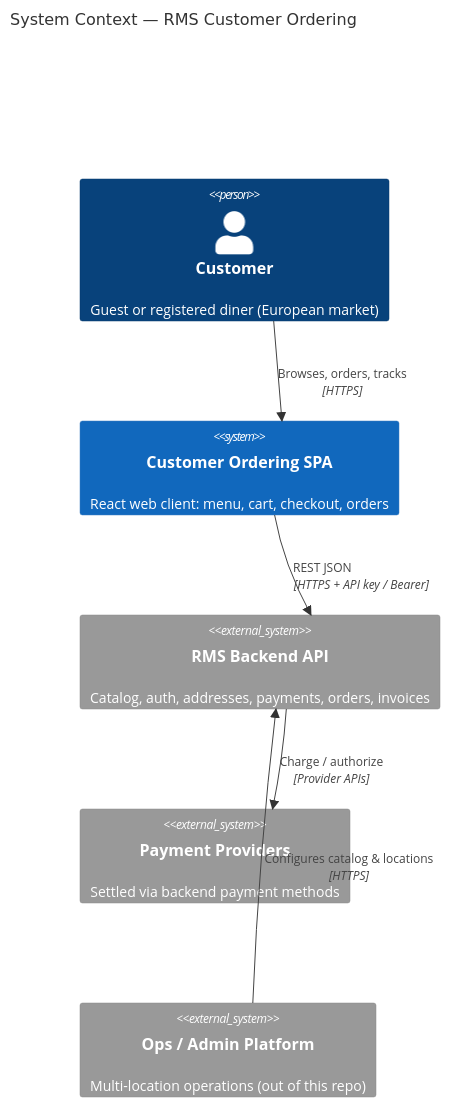
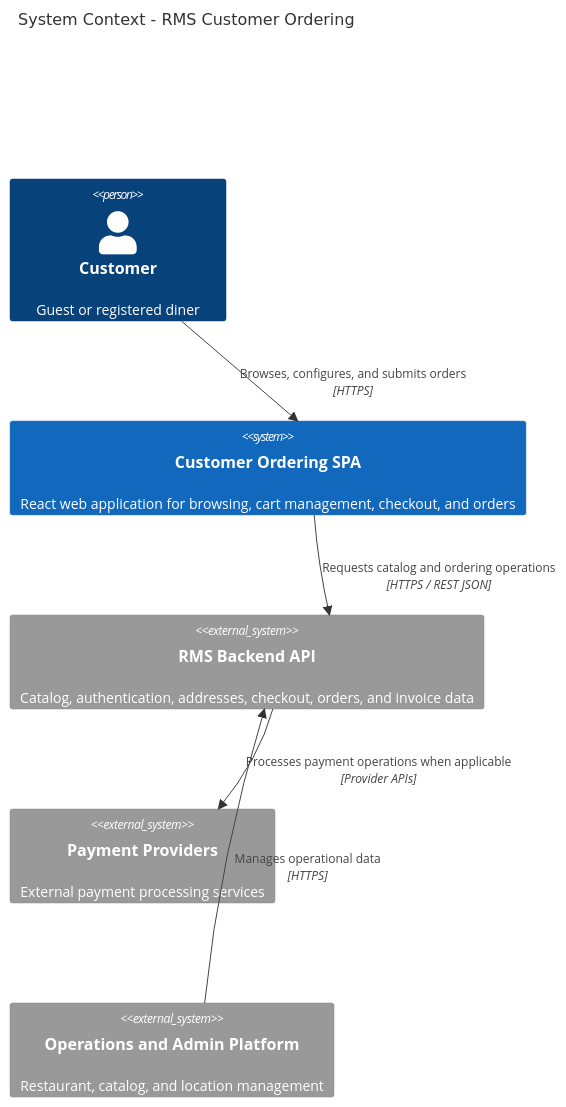
Before and after one commit to suliman-mousa/restaurant-ordering-platform: the first of 14 diagrams in DIAGRAMS.md, drawn with Mermaid. The commit also changed other lines of this file, not shown here.

````diff
--- a/DIAGRAMS.md
+++ b/DIAGRAMS.md
@@ -16,15 +25,15 @@
 ```mermaid
 C4Context
-  title System Context — RMS Customer Ordering
+    title System Context - RMS Customer Ordering
 
-  Person(customer, "Customer", "Guest or registered diner (European market)")
-  System(spa, "Customer Ordering SPA", "React web client: menu, cart, checkout, orders")
-  System_Ext(api, "RMS Backend API", "Catalog, auth, addresses, payments, orders, invoices")
-  System_Ext(pay, "Payment Providers", "Settled via backend payment methods")
-  System_Ext(ops, "Ops / Admin Platform", "Multi-location operations (out of this repo)")
+    Person(customer, "Customer", "Guest or registered diner")
+    System(spa, "Customer Ordering SPA", "React web application for browsing, cart management, checkout, and orders")
+    System_Ext(api, "RMS Backend API", "Catalog, authentication, addresses, checkout, orders, and invoice data")
+    System_Ext(pay, "Payment Providers", "External payment processing services")
+    System_Ext(ops, "Operations and Admin Platform", "Restaurant, catalog, and location management")
 
-  Rel(customer, spa, "Browses, orders, tracks", "HTTPS")
-  Rel(spa, api, "REST JSON", "HTTPS + API key / Bearer")
-  Rel(api, pay, "Charge / authorize", "Provider APIs")
-  Rel(ops, api, "Configures catalog & locations", "HTTPS")
+    Rel(customer, spa, "Browses, configures, and submits orders", "HTTPS")
+    Rel(spa, api, "Requests catalog and ordering operations", "HTTPS / REST JSON")
+    Rel(api, pay, "Processes payment operations when applicable", "Provider APIs")
+    Rel(ops, api, "Manages operational data", "HTTPS")
 ```
````
